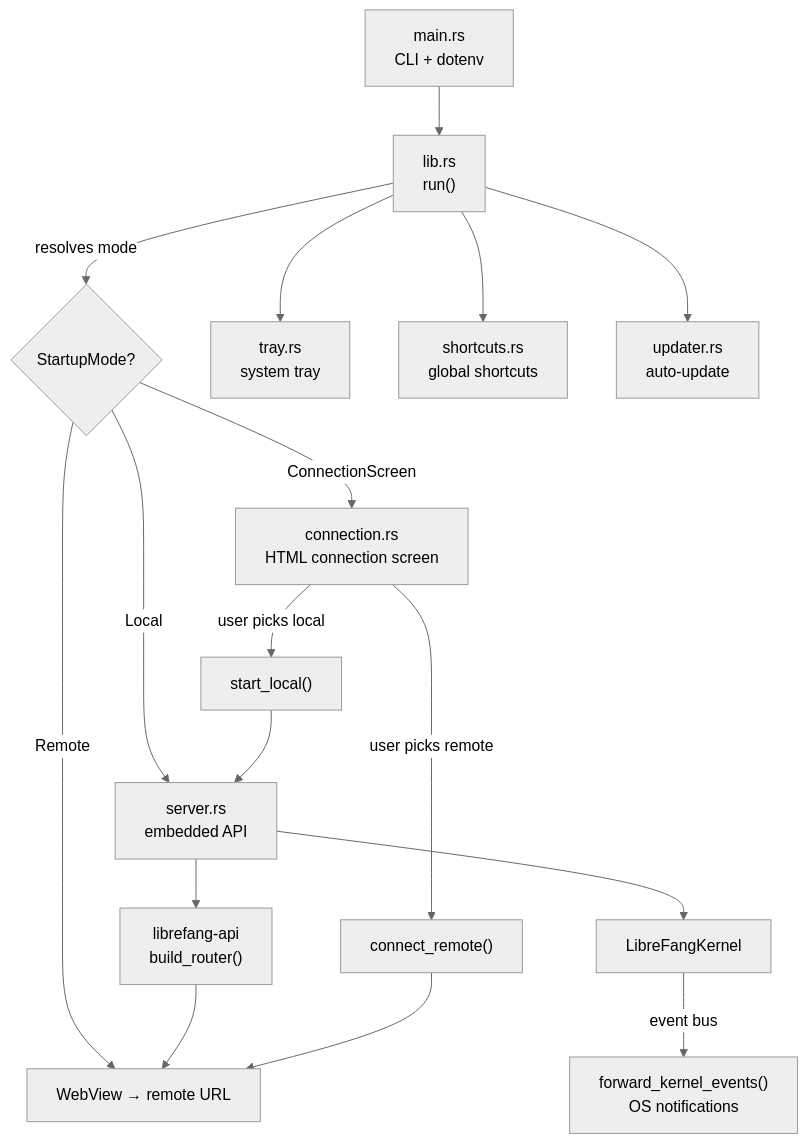
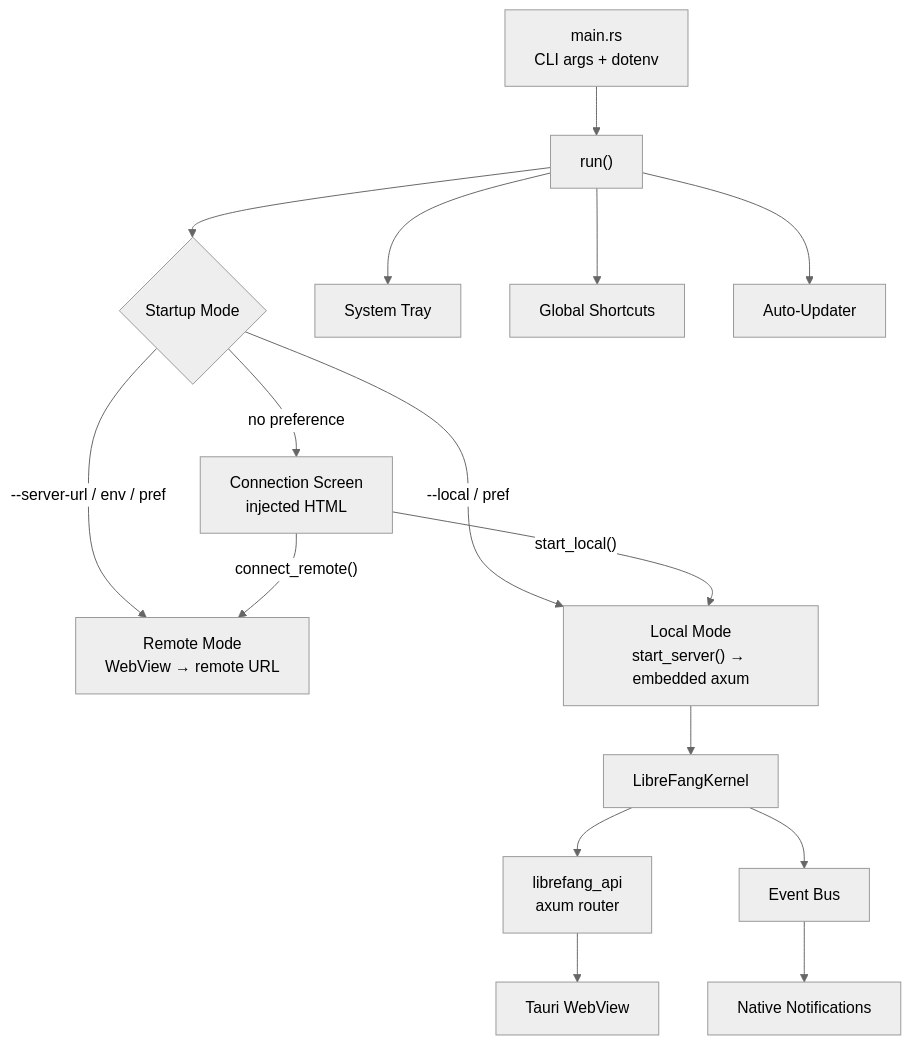
The diagram in desktop-application.md (leszek3737/librefang-WIki), drawn with Mermaid (neutral theme) before and after one commit. The commit also changed other lines of this file and 118 other files, not shown here.

````diff
--- a/desktop-application.md
+++ b/desktop-application.md
@@ -11,19 +9,20 @@
 ```mermaid
 graph TD
-    CLI["main.rs<br/>CLI + dotenv"] --> run["lib.rs<br/>run()"]
-    run -->|resolves mode| SM{StartupMode?}
-    SM -->|Remote| WEBVIEW["WebView → remote URL"]
-    SM -->|Local| SERVER["server.rs<br/>embedded API"]
-    SM -->|ConnectionScreen| CONN["connection.rs<br/>HTML connection screen"]
-    CONN -->|user picks remote| REMOTE_CMD["connect_remote()"]
-    CONN -->|user picks local| LOCAL_CMD["start_local()"]
-    LOCAL_CMD --> SERVER
-    SERVER --> KERNEL["LibreFangKernel"]
-    SERVER --> ROUTER["librefang-api<br/>build_router()"]
-    ROUTER --> WEBVIEW
-    REMOTE_CMD --> WEBVIEW
-    run --> TRAY["tray.rs<br/>system tray"]
-    run --> SHORTCUTS["shortcuts.rs<br/>global shortcuts"]
-    run --> UPDATER["updater.rs<br/>auto-update"]
-    KERNEL -->|event bus| NOTIFY["forward_kernel_events()<br/>OS notifications"]
+    CLI["main.rs<br/>CLI args + dotenv"] --> RUN["run()"]
+    RUN --> MODE{Startup Mode}
+    MODE -->|"--server-url / env / pref"| REMOTE["Remote Mode<br/>WebView → remote URL"]
+    MODE -->|"--local / pref"| LOCAL["Local Mode<br/>start_server() → embedded axum"]
+    MODE -->|"no preference"| CONN["Connection Screen<br/>injected HTML"]
+    CONN -->|"connect_remote()"| REMOTE
+    CONN -->|"start_local()"| LOCAL
+
+    LOCAL --> KERNEL["LibreFangKernel"]
+    KERNEL --> API["librefang_api<br/>axum router"]
+    API --> WEBVIEW["Tauri WebView"]
+
+    RUN --> TRAY["System Tray"]
+    RUN --> SHORTCUTS["Global Shortcuts"]
+    RUN --> UPDATER["Auto-Updater"]
+    KERNEL --> EVENTS["Event Bus"]
+    EVENTS --> NOTIFS["Native Notifications"]
 ```
````
